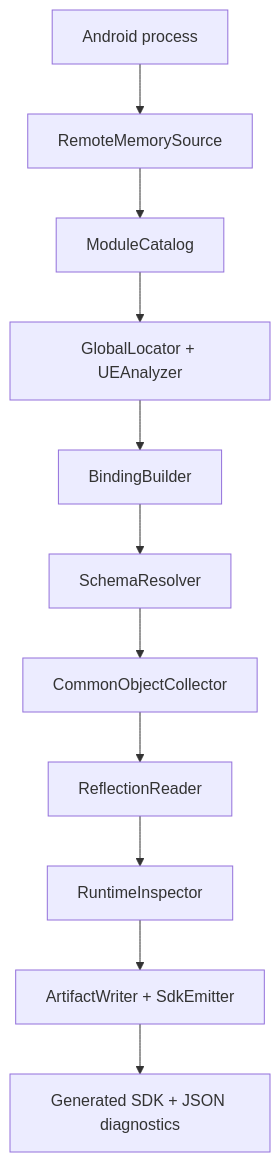
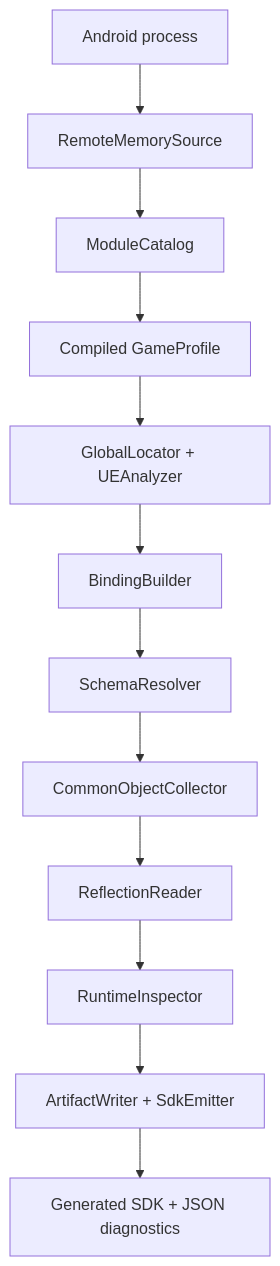
Before and after one commit to Ezeny1337/AndUEFker: the diagram in README.md, drawn with Mermaid. The commit also changed other lines of this file and 1 other file, not shown here.

````diff
--- a/README.md
+++ b/README.md
@@ -34,13 +34,14 @@
 ```mermaid
 flowchart TD
     A[Android process] --> B[RemoteMemorySource]
     B --> C[ModuleCatalog]
-    C --> D[GlobalLocator + UEAnalyzer]
-    D --> E[BindingBuilder]
-    E --> F[SchemaResolver]
-    F --> G[CommonObjectCollector]
-    G --> H[ReflectionReader]
-    H --> K[RuntimeInspector]
-    K --> I[ArtifactWriter + SdkEmitter]
-    I --> J[Generated SDK + JSON diagnostics]
+    C --> D[Compiled GameProfile]
+    D --> E[GlobalLocator + UEAnalyzer]
+    E --> F[BindingBuilder]
+    F --> G[SchemaResolver]
+    G --> H[CommonObjectCollector]
+    H --> I[ReflectionReader]
+    I --> K[RuntimeInspector]
+    K --> L[ArtifactWriter + SdkEmitter]
+    L --> M[Generated SDK + JSON diagnostics]
 ```
````
